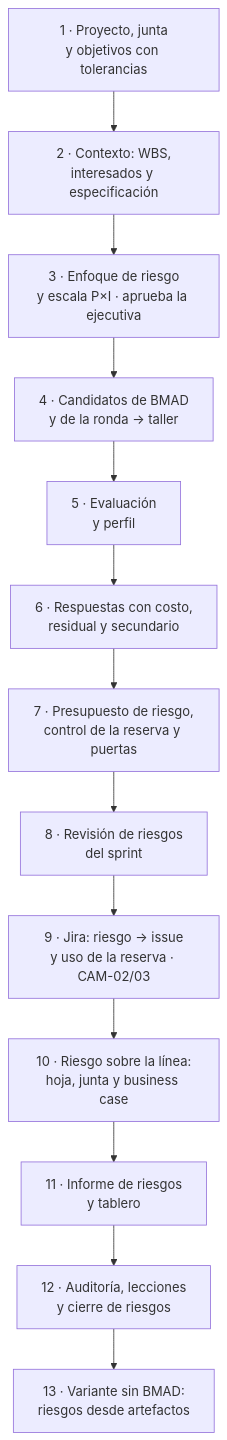
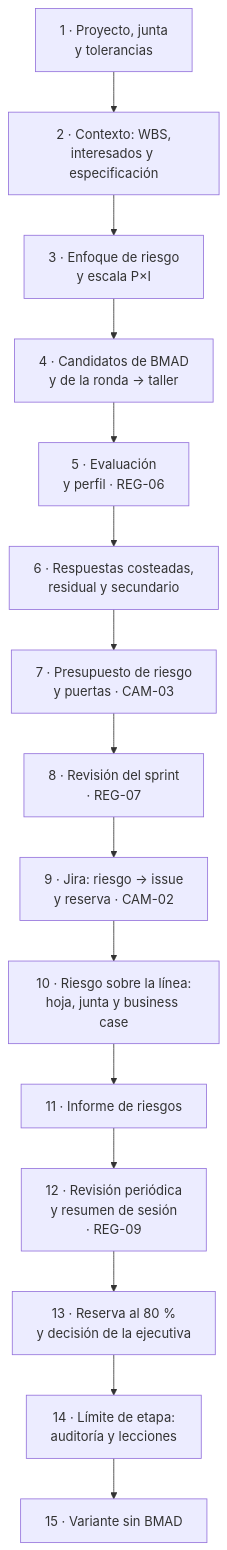
Before and after one commit to Arturo-Penas-Rial/pm-method: the first of 2 diagrams in docs/guias/E2E-1-riesgos.md, drawn with Mermaid. The commit also changed other lines of this file and 274 other files, not shown here.

````diff
--- a/docs/guias/E2E-1-riesgos.md
+++ b/docs/guias/E2E-1-riesgos.md
@@ -23,10 +68,11 @@
 ```mermaid
 flowchart TB
-    a["1 · Proyecto, junta<br/>y objetivos con tolerancias"] --> b["2 · Contexto: WBS,<br/>interesados y especificación"]
-    b --> c["3 · Enfoque de riesgo<br/>y escala P×I · aprueba la ejecutiva"] --> d["4 · Candidatos de BMAD<br/>y de la ronda → taller"]
-    d --> e["5 · Evaluación<br/>y perfil"] --> f["6 · Respuestas con costo,<br/>residual y secundario"]
-    f --> g["7 · Presupuesto de riesgo,<br/>control de la reserva y puertas"] --> h["8 · Revisión de riesgos<br/>del sprint"]
-    h --> i["9 · Jira: riesgo → issue<br/>y uso de la reserva · CAM-02/03"] --> j["10 · Riesgo sobre la línea:<br/>hoja, junta y business case"]
-    j --> k["11 · Informe de riesgos<br/>y tablero"] --> l["12 · Auditoría, lecciones<br/>y cierre de riesgos"]
-    l --> m["13 · Variante sin BMAD:<br/>riesgos desde artefactos"]
+    a["1 · Proyecto, junta<br/>y tolerancias"] --> b["2 · Contexto: WBS,<br/>interesados y especificación"]
+    b --> c["3 · Enfoque de riesgo<br/>y escala P×I"] --> d["4 · Candidatos de BMAD<br/>y de la ronda → taller"]
+    d --> e["5 · Evaluación<br/>y perfil · REG-06"] --> f["6 · Respuestas costeadas,<br/>residual y secundario"]
+    f --> g["7 · Presupuesto de riesgo<br/>y puertas · CAM-03"] --> h["8 · Revisión del sprint<br/>· REG-07"]
+    h --> i["9 · Jira: riesgo → issue<br/>y reserva · CAM-02"] --> j["10 · Riesgo sobre la línea:<br/>hoja, junta y business case"]
+    j --> k["11 · Informe de riesgos"] --> l["12 · Revisión periódica<br/>y resumen de sesión<br/>· REG-09"]
+    l --> m["13 · Reserva al 80 %<br/>y decisión de la ejecutiva"] --> n["14 · Límite de etapa:<br/>auditoría y lecciones"]
+    n --> o["15 · Variante sin BMAD"]
 ```
````
